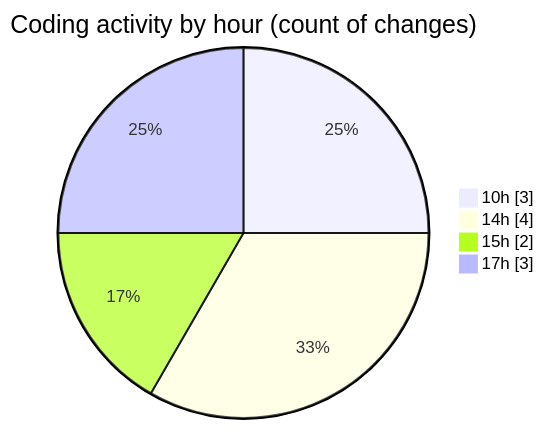
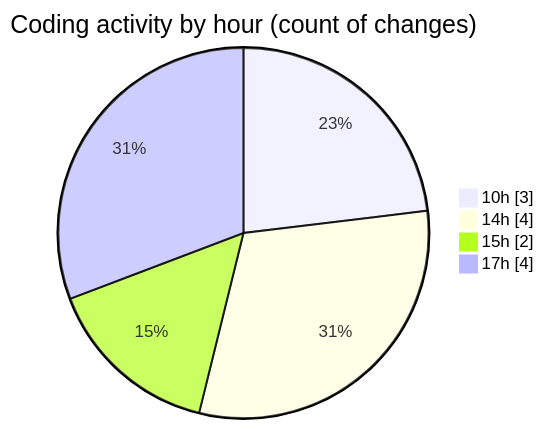
The second of 2 diagrams in 2026-02-24/nxtqube_webapp/README.md (nxtqubesakshisongat/code-tracking), drawn with Mermaid before and after one commit. The commit also changed other lines of this file and 1 other file, not shown here.

````diff
--- a/2026-02-24/nxtqube_webapp/README.md
+++ b/2026-02-24/nxtqube_webapp/README.md
@@ -34,8 +34,8 @@
 ```mermaid
 pie showData
 title Coding activity by hour (count of changes)
 "10h" : 3
 "14h" : 4
 "15h" : 2
-"17h" : 3
+"17h" : 4
 ```
````
